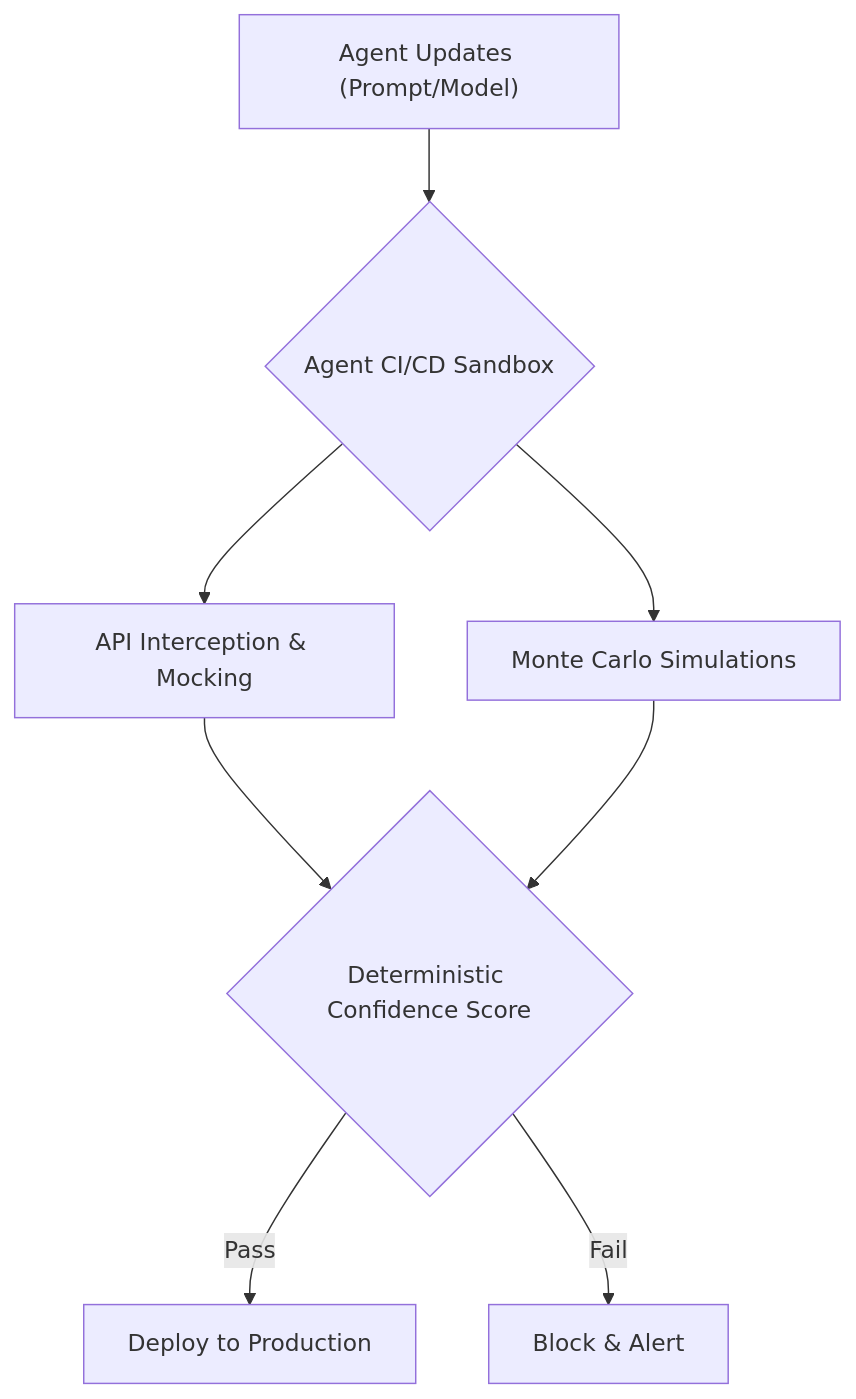
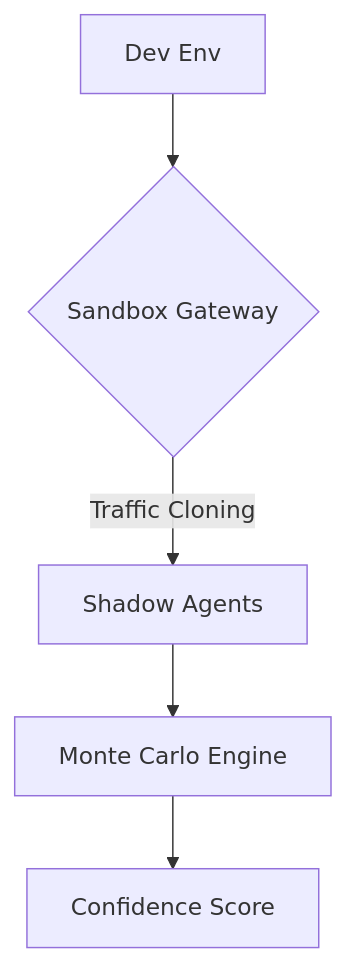
One commit to flouzzy/top-100-ai-startup-ideas changed the first of 2 diagrams in ideas/agent-cicd-sandbox/README.md. Above: the diagram before and after it, drawn with Mermaid. The commit also changed other lines of this file and 41 other files, not shown here.

````diff
--- a/ideas/agent-cicd-sandbox/README.md
+++ b/ideas/agent-cicd-sandbox/README.md
@@ -17,10 +17,8 @@
 ```mermaid
 graph TD
-    A["Agent Updates (Prompt/Model)"] --> B{"Agent CI/CD Sandbox"}
-    B --> C["API Interception & Mocking"]
-    B --> D["Monte Carlo Simulations"]
-    C --> E{"Deterministic Confidence Score"}
-    D --> E
-    E -->|Pass| F["Deploy to Production"]
-    E -->|Fail| G["Block & Alert"]
+    %% Architecture Diagram
+    A["Dev Env"] --> B{"Sandbox Gateway"}
+    B -->|Traffic Cloning| C["Shadow Agents"]
+    C --> D["Monte Carlo Engine"]
+    D --> E["Confidence Score"]
 ```
````
